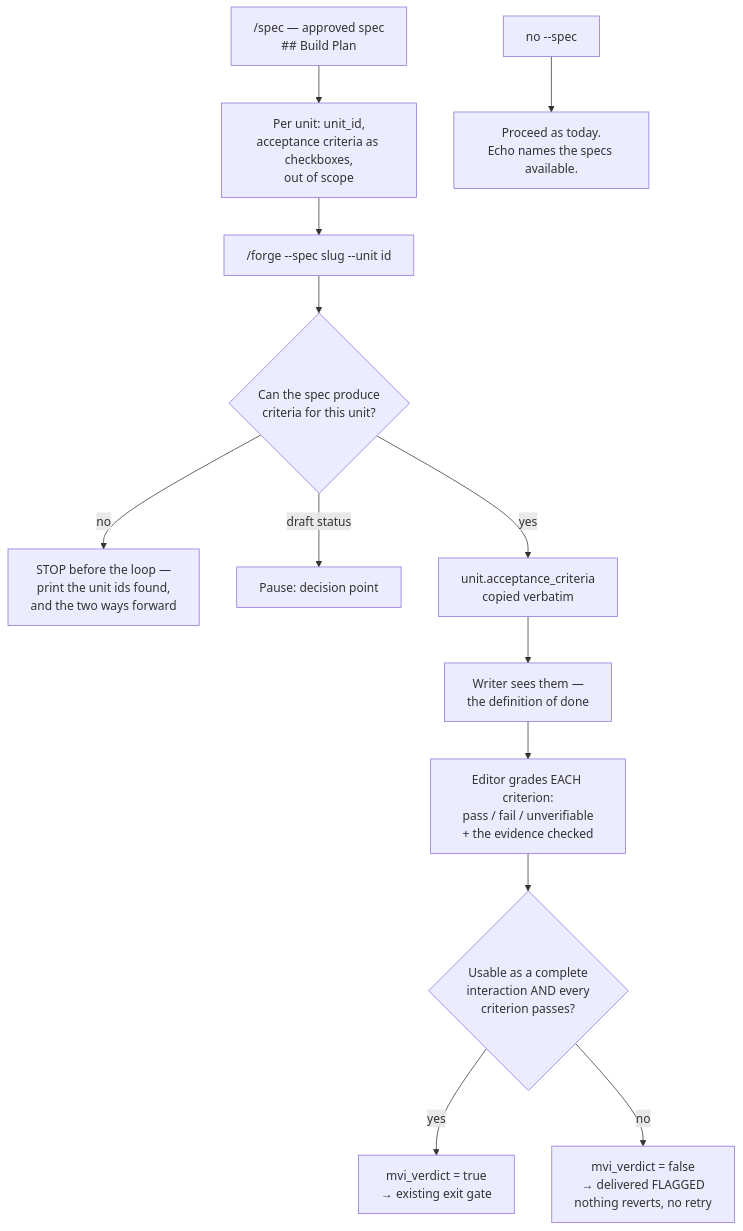
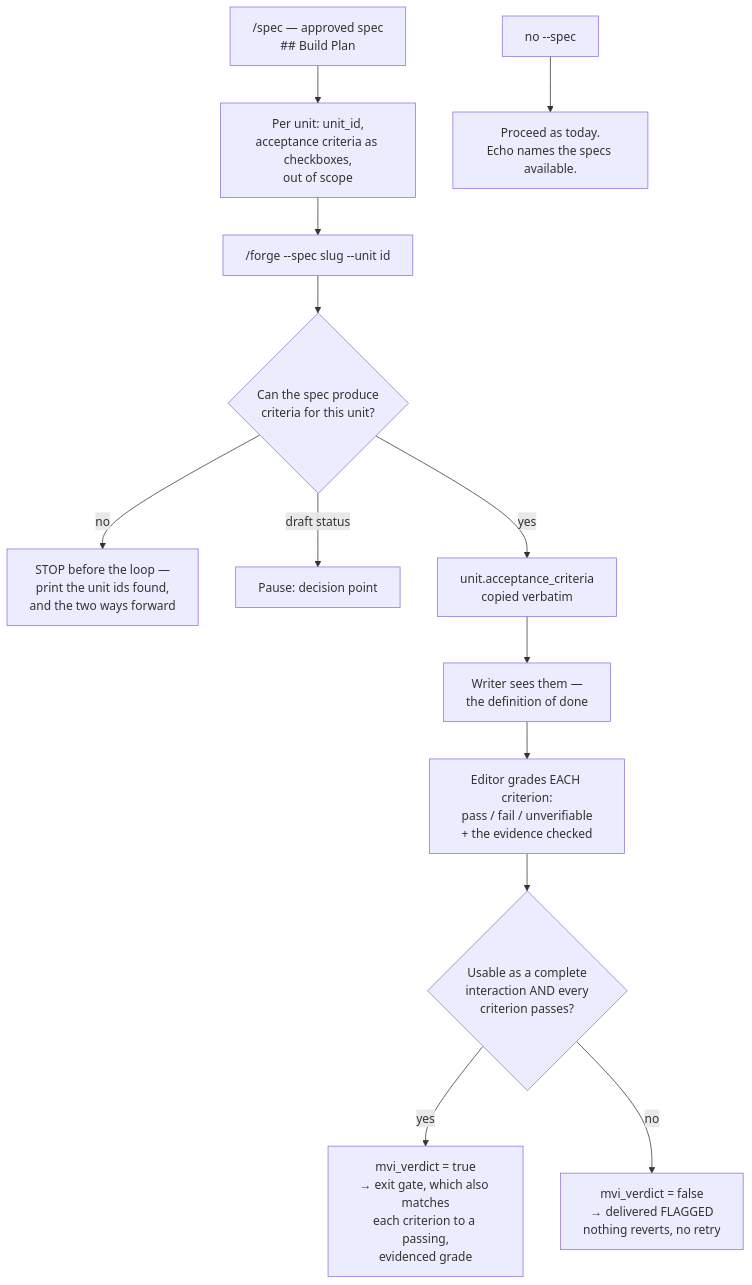
One commit to eladrianovalle/TheStudio changed the diagram in specs/unit-acceptance-criteria.md. Above: the diagram before and after it, drawn with Mermaid. The commit also changed other lines of this file, not shown here.

````diff
--- a/specs/unit-acceptance-criteria.md
+++ b/specs/unit-acceptance-criteria.md
@@ -36,15 +36,15 @@
 ```mermaid
 flowchart TD
     SP["/spec — approved spec<br/>## Build Plan"] --> BP["Per unit: unit_id,<br/>acceptance criteria as checkboxes,<br/>out of scope"]
     BP --> F["/forge --spec slug --unit id"]
     F --> R{"Can the spec produce<br/>criteria for this unit?"}
     R -->|no| STOP["STOP before the loop —<br/>print the unit ids found,<br/>and the two ways forward"]
     R -->|draft status| PAUSE["Pause: decision point"]
     R -->|yes| U["unit.acceptance_criteria<br/>copied verbatim"]
     NOSPEC["no --spec"] --> ECHO["Proceed as today.<br/>Echo names the specs available."]
     U --> W["Writer sees them —<br/>the definition of done"]
     W --> E["Editor grades EACH criterion:<br/>pass / fail / unverifiable<br/>+ the evidence checked"]
     E --> V{"Usable as a complete<br/>interaction AND every<br/>criterion passes?"}
-    V -->|yes| PASS["mvi_verdict = true<br/>→ existing exit gate"]
+    V -->|yes| PASS["mvi_verdict = true<br/>→ exit gate, which also matches<br/>each criterion to a passing,<br/>evidenced grade"]
     V -->|no| FLAG["mvi_verdict = false<br/>→ delivered FLAGGED<br/>nothing reverts, no retry"]
 ```
````
